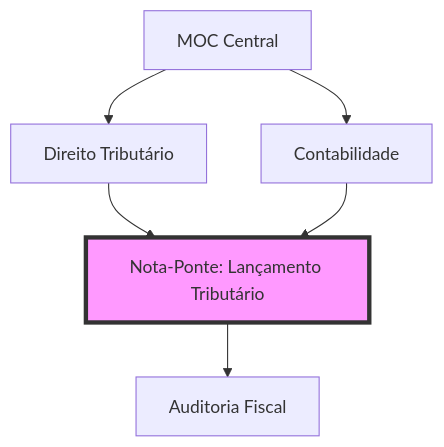
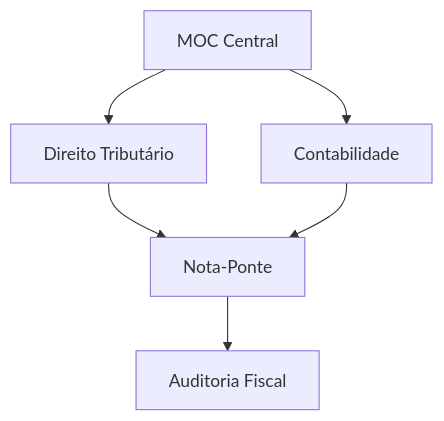
Before and after one commit to VGViana/Controle: the diagram in README.md, drawn with Mermaid. The commit also changed other lines of this file and 1 other file, not shown here.

````diff
--- a/README.md
+++ b/README.md
@@ -29,9 +25,8 @@
 ```mermaid
 graph TD
     MOC[MOC Central] --> DT[Direito Tributário]
     MOC --> CT[Contabilidade]
-    DT --> P[Nota-Ponte: Lançamento Tributário]
+    DT --> P[Nota-Ponte]
     CT --> P
     P --> A[Auditoria Fiscal]
-    style P fill:#f9f,stroke:#333,stroke-width:4px
 ```
````
